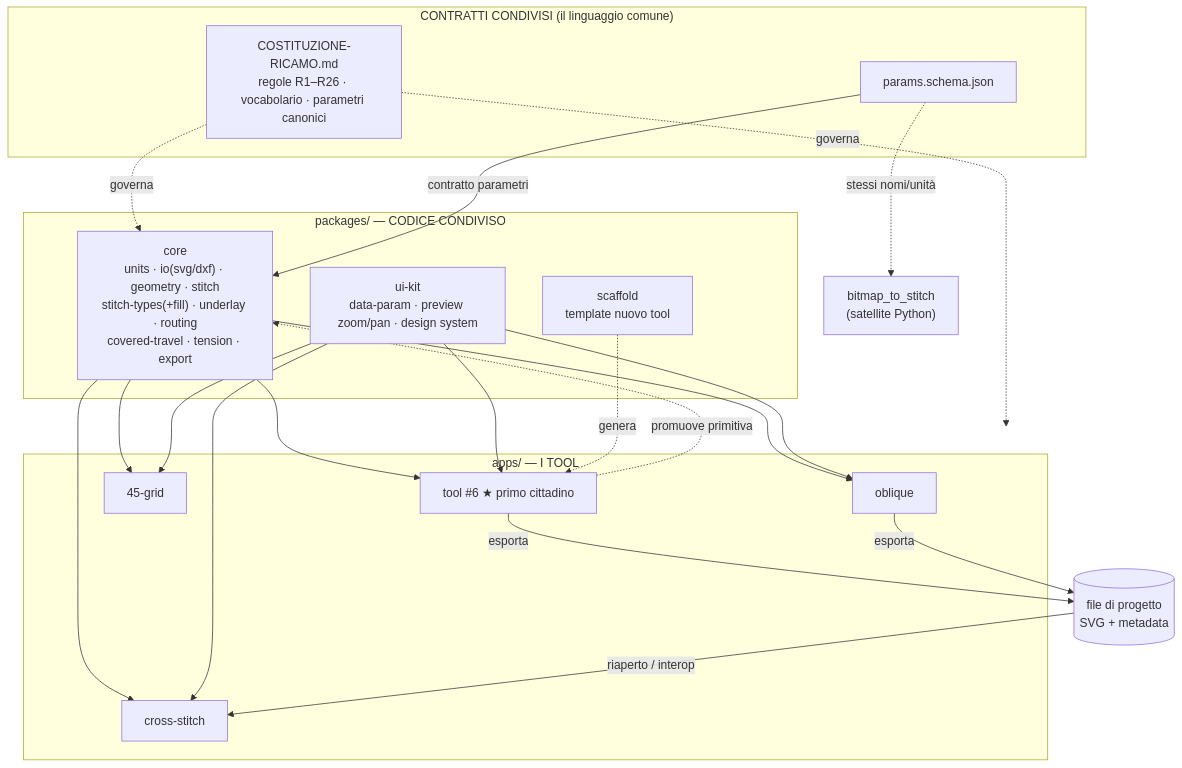
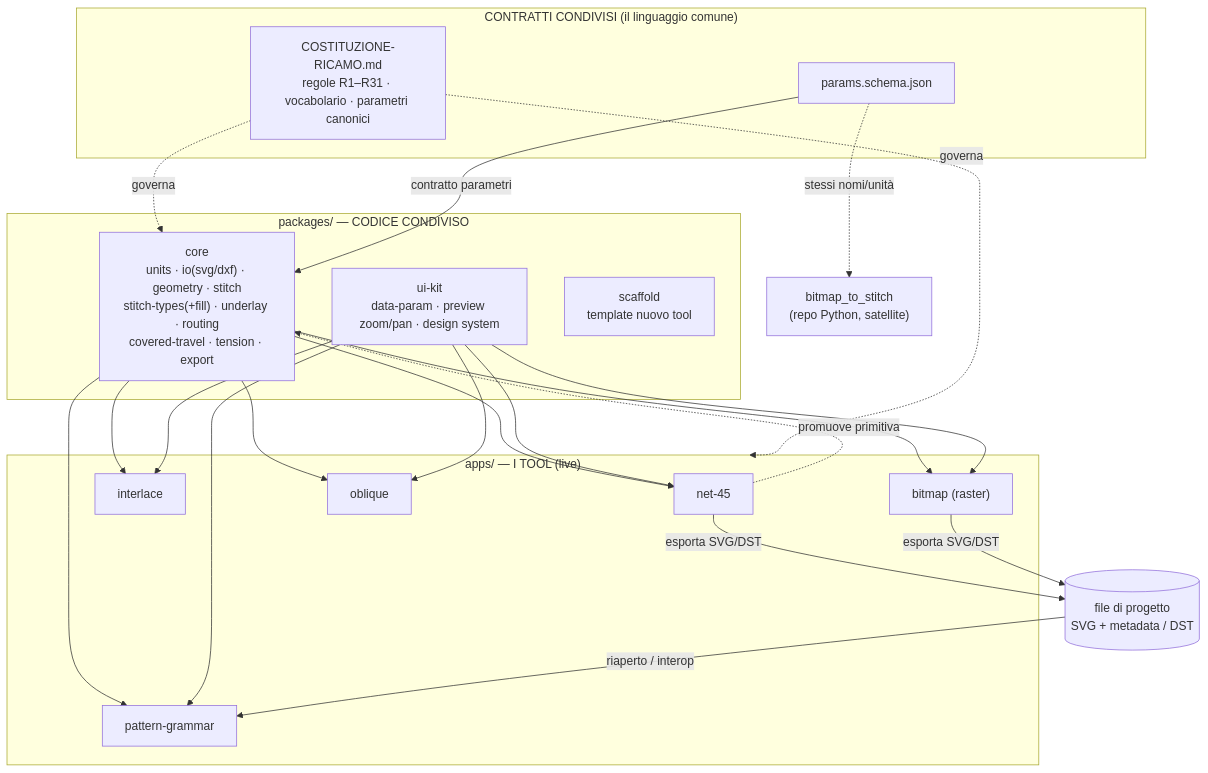
Before and after one commit to LorenzoErcoli/RG-EMBROIDERY-TOOLS-SUITE: the diagram in ARCHITETTURA.md, drawn with Mermaid. The commit also changed other lines of this file and 7 other files, not shown here.

First line of the commit message:
Catalogazione: R31 (DST globale + riapertura) e doc allineati ai 5 tool

````diff
--- a/ARCHITETTURA.md
+++ b/ARCHITETTURA.md
@@ -26,37 +26,37 @@
 ```mermaid
 graph TD
   subgraph Contratti["CONTRATTI CONDIVISI (il linguaggio comune)"]
-    COST["COSTITUZIONE-RICAMO.md<br/>regole R1–R26 · vocabolario · parametri canonici"]
+    COST["COSTITUZIONE-RICAMO.md<br/>regole R1–R31 · vocabolario · parametri canonici"]
     SCHEMA["params.schema.json"]
   end
 
   subgraph Packages["packages/ — CODICE CONDIVISO"]
     CORE["core<br/>units · io(svg/dxf) · geometry · stitch<br/>stitch-types(+fill) · underlay · routing<br/>covered-travel · tension · export"]
     UIKIT["ui-kit<br/>data-param · preview zoom/pan · design system"]
     SCAFFOLD["scaffold<br/>template nuovo tool"]
   end
 
-  subgraph Apps["apps/ — I TOOL"]
+  subgraph Apps["apps/ — I TOOL (live)"]
+    N45["net-45"]
+    PG["pattern-grammar"]
+    ILC["interlace"]
+    BMP["bitmap (raster)"]
     OBQ["oblique"]
-    G45["45-grid"]
-    CS["cross-stitch"]
-    T6["tool #6 ★ primo cittadino"]
   end
 
-  BITMAP["bitmap_to_stitch<br/>(satellite Python)"]
-  PROJ[("file di progetto<br/>SVG + metadata")]
+  BITMAP["bitmap_to_stitch<br/>(repo Python, satellite)"]
+  PROJ[("file di progetto<br/>SVG + metadata / DST")]
 
   COST -. governa .-> CORE
   COST -. governa .-> Apps
   SCHEMA -->|contratto parametri| CORE
   SCHEMA -. stessi nomi/unità .-> BITMAP
 
-  CORE --> OBQ & G45 & CS & T6
-  UIKIT --> OBQ & G45 & CS & T6
-  SCAFFOLD -. genera .-> T6
-  T6 -. promuove primitiva .-> CORE
+  CORE --> N45 & PG & ILC & BMP & OBQ
+  UIKIT --> N45 & PG & ILC & BMP & OBQ
+  N45 -. promuove primitiva .-> CORE
 
-  T6 -->|esporta| PROJ
-  OBQ -->|esporta| PROJ
-  PROJ -->|riaperto / interop| CS
+  N45 -->|esporta SVG/DST| PROJ
+  BMP -->|esporta SVG/DST| PROJ
+  PROJ -->|riaperto / interop| PG
 ```
````
